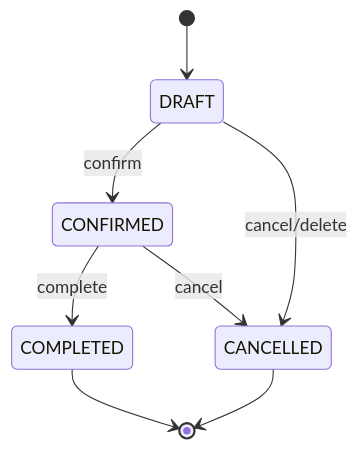
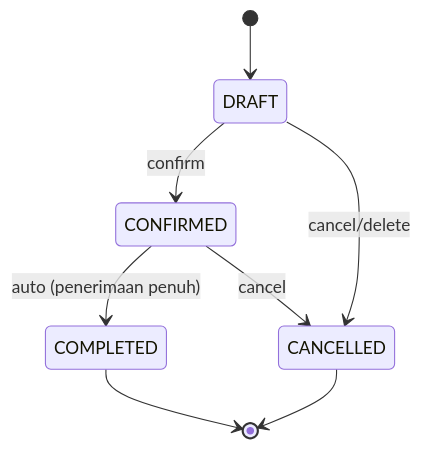
The fourth of 4 diagrams in docs/FSD.md (EkaBachrudin/ims), drawn with Mermaid before and after one commit. The commit also changed other lines of this file and 23 other files, not shown here.

````diff
--- a/docs/FSD.md
+++ b/docs/FSD.md
@@ -530,10 +534,10 @@
 ```mermaid
 stateDiagram-v2
     [*] --> DRAFT
     DRAFT --> CONFIRMED: confirm
     DRAFT --> CANCELLED: cancel/delete
-    CONFIRMED --> COMPLETED: complete
+    CONFIRMED --> COMPLETED: auto (penerimaan penuh)
     CONFIRMED --> CANCELLED: cancel
     COMPLETED --> [*]
     CANCELLED --> [*]
 ```
````
